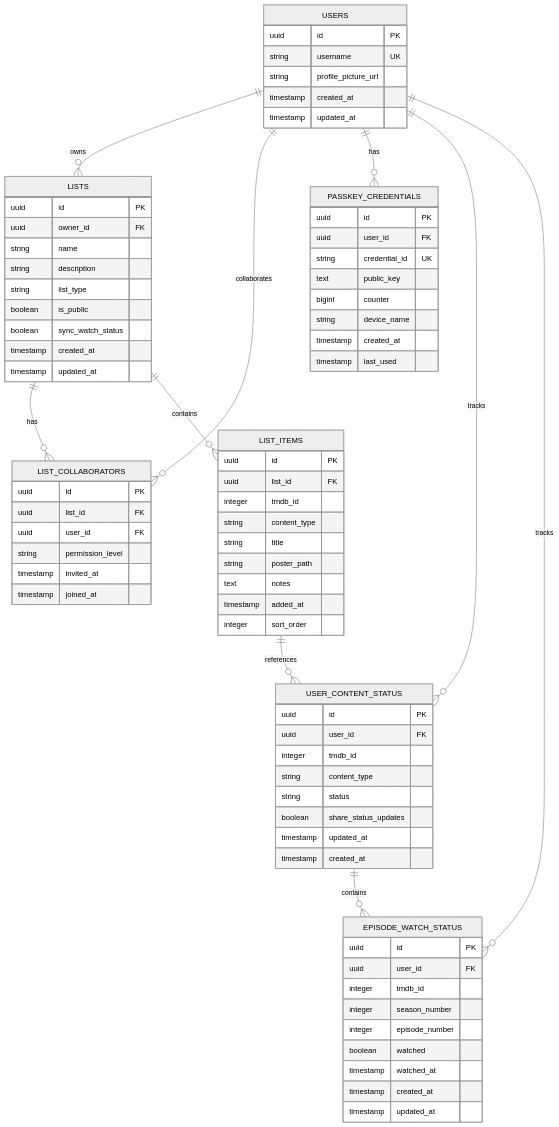
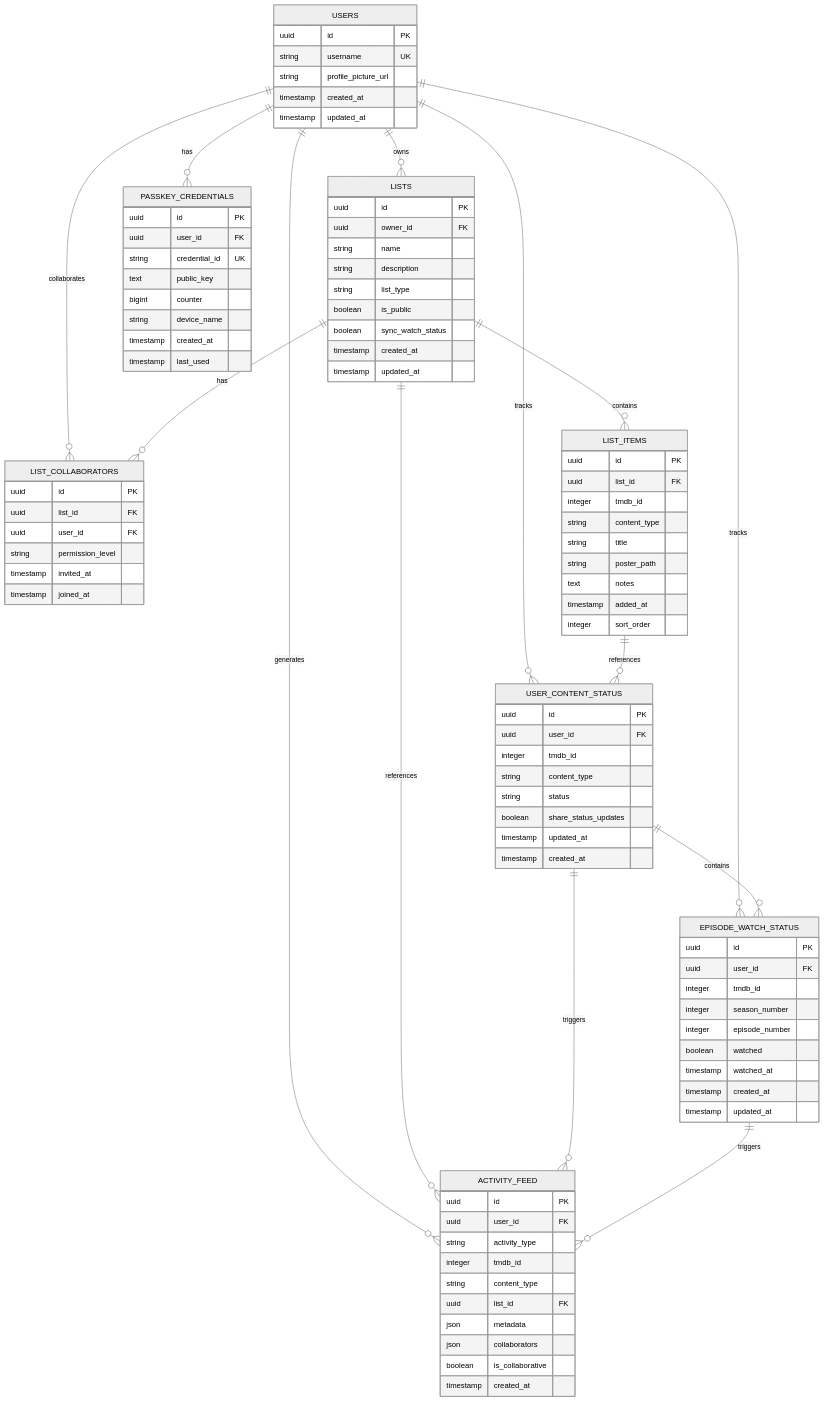
Before and after one commit to benpaulsen4/watch-this: the third of 3 diagrams in .trae/documents/technical-architecture-document.md, drawn with Mermaid (neutral theme). The commit also changed other lines of this file and 20 other files, not shown here.

Commit message:
feat: add activity feed

````diff
--- a/.trae/documents/technical-architecture-document.md
+++ b/.trae/documents/technical-architecture-document.md
@@ -364,8 +405,12 @@
     USERS ||--o{ PASSKEY_CREDENTIALS : has
     USERS ||--o{ USER_CONTENT_STATUS : tracks
     USERS ||--o{ EPISODE_WATCH_STATUS : tracks
+    USERS ||--o{ ACTIVITY_FEED : generates
     LIST_ITEMS ||--o{ USER_CONTENT_STATUS : references
     USER_CONTENT_STATUS ||--o{ EPISODE_WATCH_STATUS : contains
+    LISTS ||--o{ ACTIVITY_FEED : references
+    USER_CONTENT_STATUS ||--o{ ACTIVITY_FEED : triggers
+    EPISODE_WATCH_STATUS ||--o{ ACTIVITY_FEED : triggers
 
     USERS {
         uuid id PK
@@ -441,4 +486,17 @@
         timestamp created_at
         timestamp updated_at
     }
+
+    ACTIVITY_FEED {
+        uuid id PK
+        uuid user_id FK
+        string activity_type
+        integer tmdb_id
+        string content_type
+        uuid list_id FK
+        json metadata
+        json collaborators
+        boolean is_collaborative
+        timestamp created_at
+    }
 ```
````
